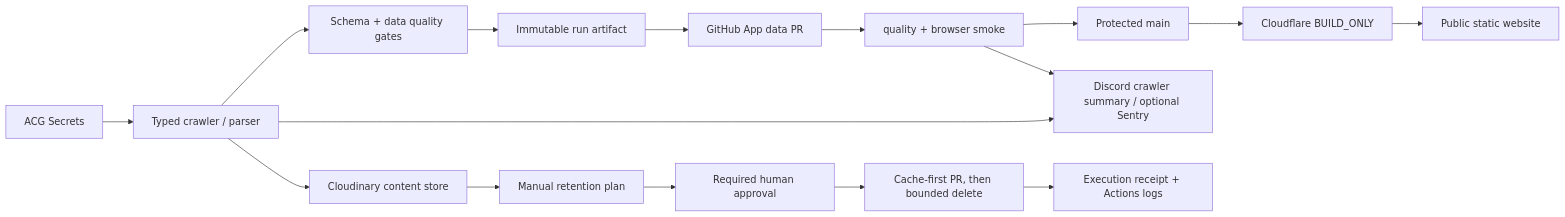
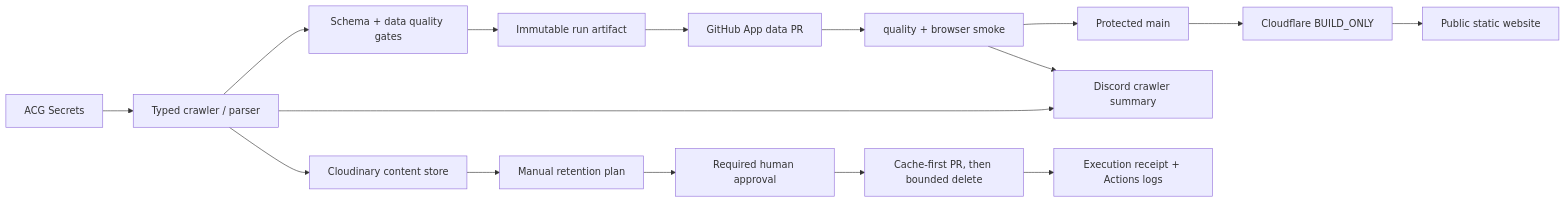
The third of 3 diagrams in docs/專案架構與平台設定現況報告-2026-07-14.md (0961282056/anime-static-crawler), drawn with Mermaid before and after one commit. The commit also changed other lines of this file and 19 other files, not shown here.

````diff
--- a/docs/專案架構與平台設定現況報告-2026-07-14.md
+++ b/docs/專案架構與平台設定現況報告-2026-07-14.md
@@ -645,20 +634,20 @@
 ```mermaid
 flowchart LR
     S["ACG Secrets"] --> C["Typed crawler / parser"]
     C --> G["Schema + data quality gates"]
     G --> A["Immutable run artifact"]
     A --> P["GitHub App data PR"]
     P --> Q["quality + browser smoke"]
     Q --> M["Protected main"]
     M --> CF["Cloudflare BUILD_ONLY"]
     CF --> W["Public static website"]
 
     C --> CL["Cloudinary content store"]
     CL --> R["Manual retention plan"]
     R --> H["Required human approval"]
     H --> X["Cache-first PR, then bounded delete"]
 
-    C --> O["Discord crawler summary / optional Sentry"]
+    C --> O["Discord crawler summary"]
     Q --> O
     X --> RCPT["Execution receipt + Actions logs"]
 ```
````
